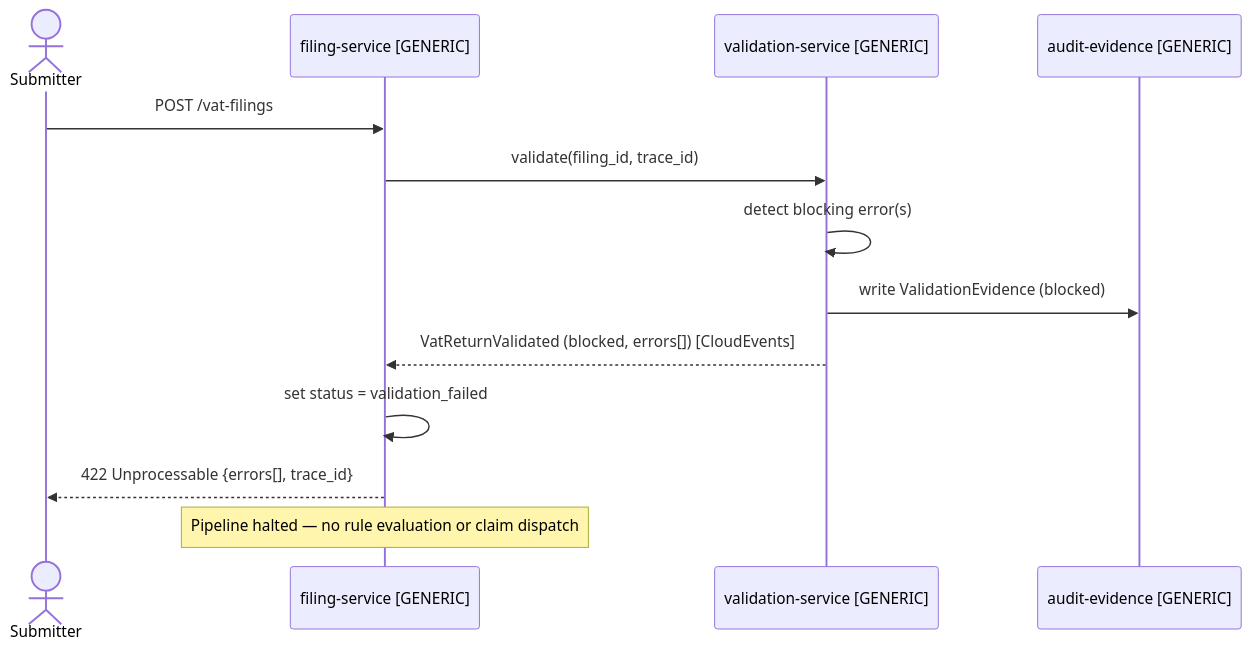
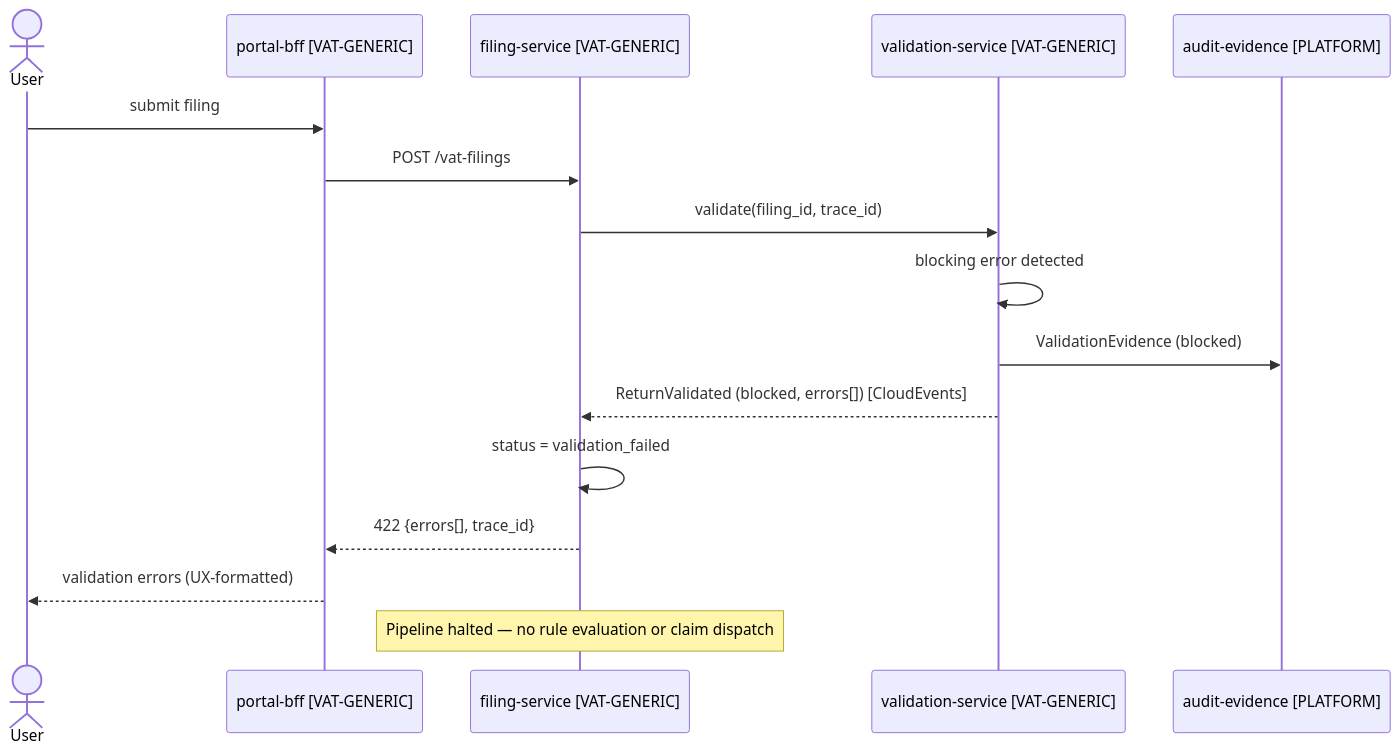
Before and after one commit to nc-tbi/VATRI-Codex: the seventh of 11 diagrams in design/01-vat-filing-assessment-solution-design.md, drawn with Mermaid. The commit also changed other lines of this file and 15 other files, not shown here.

First line of the commit message:
Add module interaction guide and update design to v1.2 with Portal BFF and 3-layer taxonomy

````diff
--- a/design/01-vat-filing-assessment-solution-design.md
+++ b/design/01-vat-filing-assessment-solution-design.md
@@ -227,16 +332,19 @@
 ```mermaid
 sequenceDiagram
-    actor Submitter
-    participant FS as filing-service [GENERIC]
-    participant VS as validation-service [GENERIC]
-    participant AE as audit-evidence [GENERIC]
+    actor User
+    participant BFF as portal-bff [VAT-GENERIC]
+    participant FS as filing-service [VAT-GENERIC]
+    participant VS as validation-service [VAT-GENERIC]
+    participant AE as audit-evidence [PLATFORM]
 
-    Submitter->>FS: POST /vat-filings
+    User->>BFF: submit filing
+    BFF->>FS: POST /vat-filings
     FS->>VS: validate(filing_id, trace_id)
-    VS->>VS: detect blocking error(s)
-    VS->>AE: write ValidationEvidence (blocked)
-    VS-->>FS: VatReturnValidated (blocked, errors[]) [CloudEvents]
-    FS->>FS: set status = validation_failed
-    FS-->>Submitter: 422 Unprocessable {errors[], trace_id}
+    VS->>VS: blocking error detected
+    VS->>AE: ValidationEvidence (blocked)
+    VS-->>FS: ReturnValidated (blocked, errors[]) [CloudEvents]
+    FS->>FS: status = validation_failed
+    FS-->>BFF: 422 {errors[], trace_id}
+    BFF-->>User: validation errors (UX-formatted)
     Note over FS: Pipeline halted — no rule evaluation or claim dispatch
 ```
````
